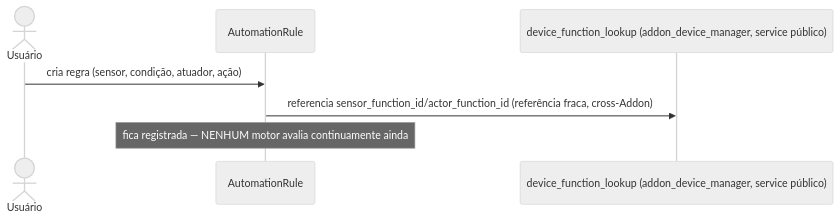
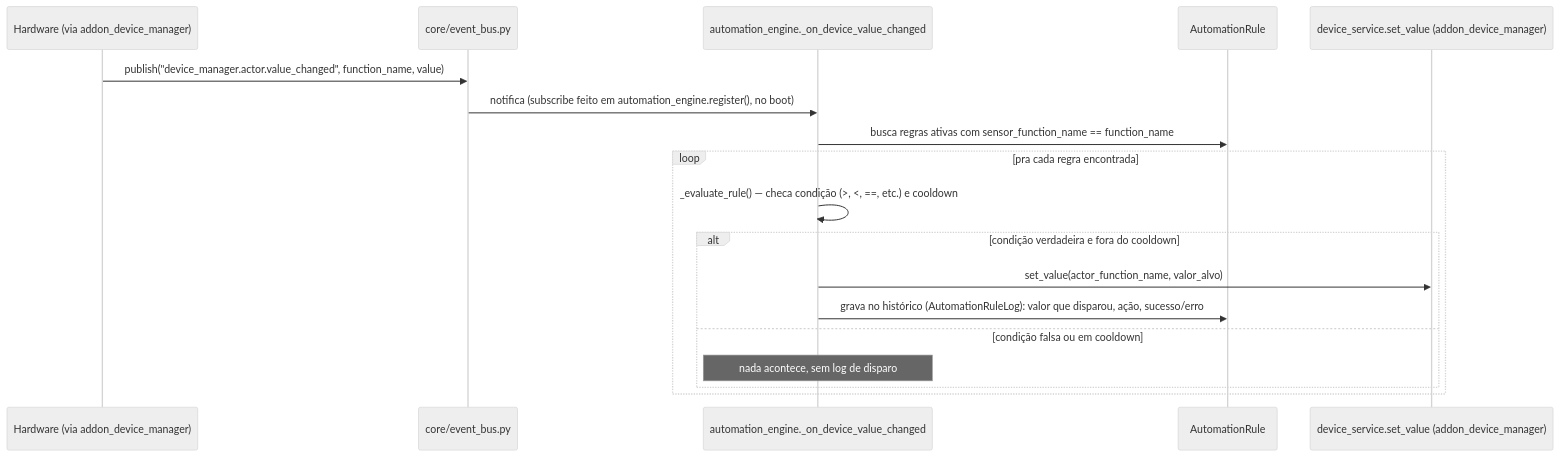
One commit to ChristopherNicolasSMM/Tesseract changed the second of 8 diagrams in addons/addon_brewstation/features/feature_mash_control/docs/technical/03-fluxos.md. Above: the diagram before and after it, drawn with Mermaid (neutral theme). The commit also changed other lines of this file and 6 other files, not shown here.

````diff
--- a/addons/addon_brewstation/features/feature_mash_control/docs/technical/03-fluxos.md
+++ b/addons/addon_brewstation/features/feature_mash_control/docs/technical/03-fluxos.md
@@ -17,10 +24,21 @@
 ```mermaid
 sequenceDiagram
-    actor U as Usuário
+    participant HW as Hardware (via addon_device_manager)
+    participant Bus as core/event_bus.py
+    participant Engine as automation_engine._on_device_value_changed
     participant Rule as AutomationRule
-    participant Lookup as device_function_lookup (addon_device_manager, service público)
+    participant Svc as device_service.set_value (addon_device_manager)
 
-    U->>Rule: cria regra (sensor, condição, atuador, ação)
-    Rule->>Lookup: referencia sensor_function_id/actor_function_id (referência fraca, cross-Addon)
-    Note over Rule: fica registrada — NENHUM motor avalia continuamente ainda
+    HW->>Bus: publish("device_manager.actor.value_changed", function_name, value)
+    Bus->>Engine: notifica (subscribe feito em automation_engine.register(), no boot)
+    Engine->>Rule: busca regras ativas com sensor_function_name == function_name
+    loop pra cada regra encontrada
+        Engine->>Engine: _evaluate_rule() — checa condição (>, <, ==, etc.) e cooldown
+        alt condição verdadeira e fora do cooldown
+            Engine->>Svc: set_value(actor_function_name, valor_alvo)
+            Engine->>Rule: grava no histórico (AutomationRuleLog): valor que disparou, ação, sucesso/erro
+        else condição falsa ou em cooldown
+            Note over Engine: nada acontece, sem log de disparo
+        end
+    end
 ```
````
